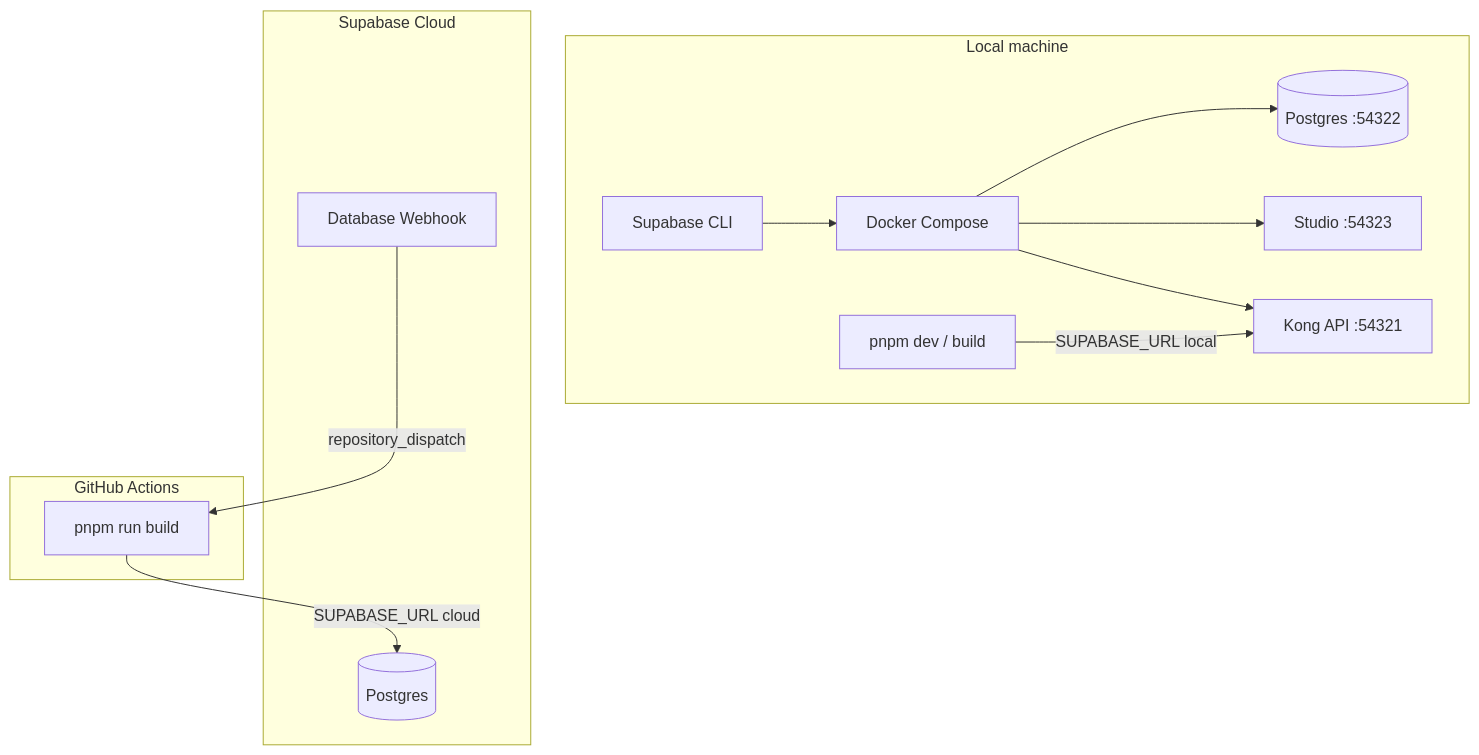
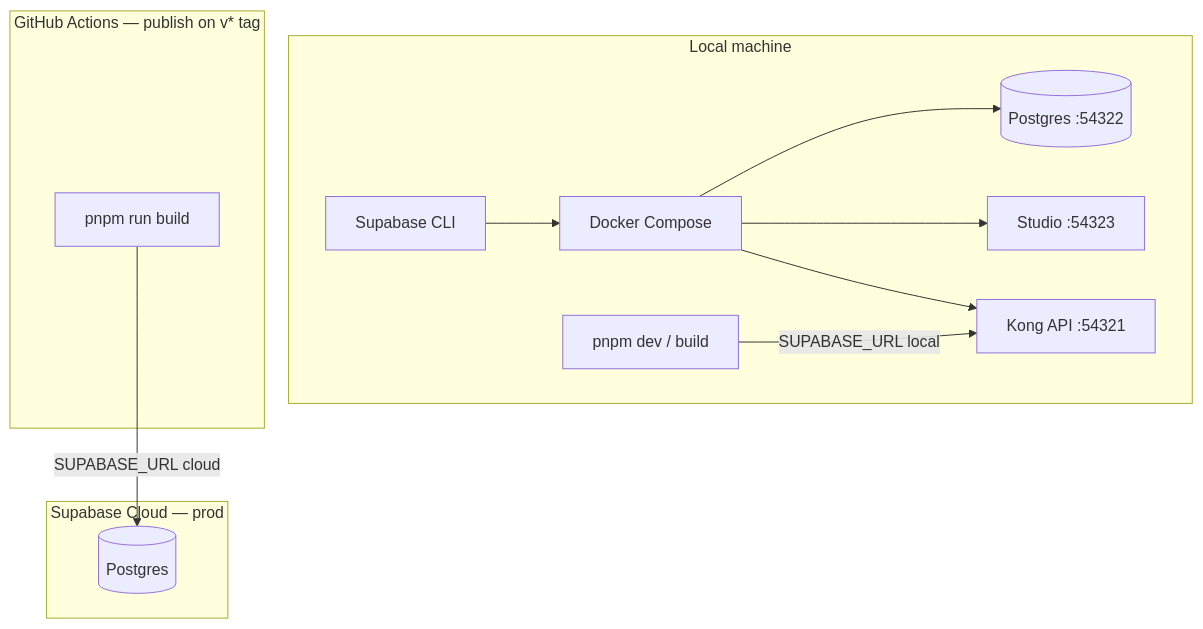
One commit to 95gabor/cv changed the diagram in docs/projects/next-shadcn-supabase-rewrite/local-supabase.md. Above: the diagram before and after it, drawn with Mermaid. The commit also changed other lines of this file and 153 other files, not shown here.

````diff
--- a/docs/projects/next-shadcn-supabase-rewrite/local-supabase.md
+++ b/docs/projects/next-shadcn-supabase-rewrite/local-supabase.md
@@ -18,24 +19,22 @@
 ```mermaid
 flowchart TB
     subgraph local [Local machine]
         CLI[Supabase CLI]
         Docker[Docker Compose]
         CLI --> Docker
         Docker --> PG[(Postgres :54322)]
         Docker --> Studio[Studio :54323]
         Docker --> API[Kong API :54321]
         NextDev[pnpm dev / build]
         NextDev -->|SUPABASE_URL local| API
     end
 
-    subgraph cloud [Supabase Cloud]
+    subgraph cloud [Supabase Cloud — prod]
         CloudPG[(Postgres)]
-        WH[Database Webhook]
     end
 
-    subgraph ci [GitHub Actions]
+    subgraph ci [GitHub Actions — publish on v* tag]
         Build[pnpm run build]
-        WH -->|repository_dispatch| Build
         Build -->|SUPABASE_URL cloud| CloudPG
     end
 ```
````
